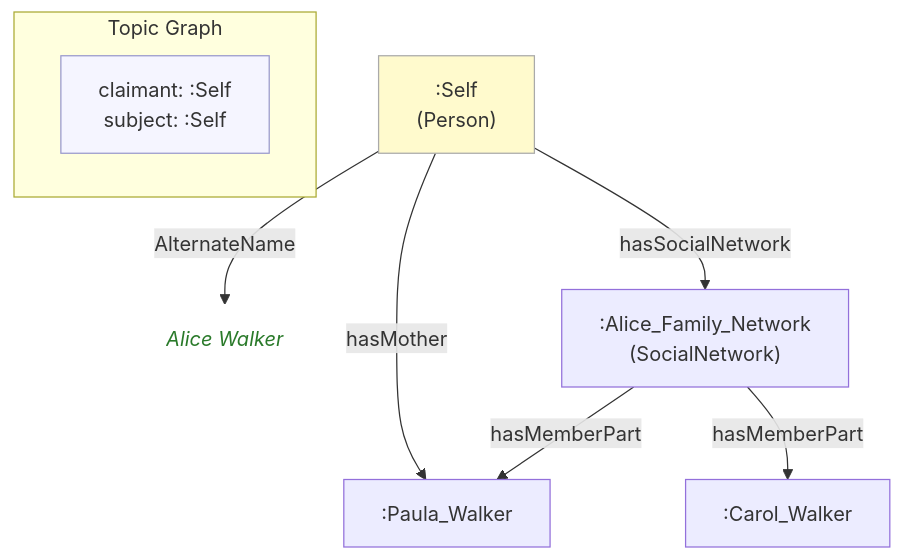
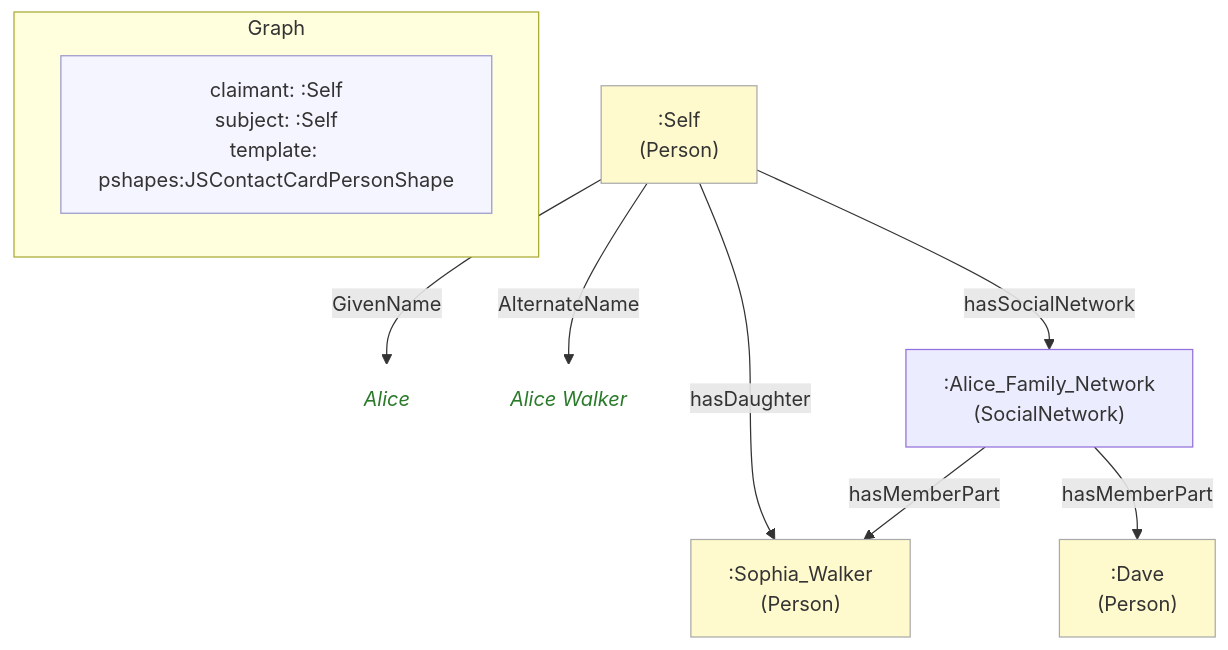
The diagram in example/graphs/images/graph-21.mmd (MeeFoundation/mia-ontologies), drawn with Mermaid before and after one commit. The commit also changed 114 other files, not shown here.

```diff
--- a/example/graphs/images/graph-21.mmd
+++ b/example/graphs/images/graph-21.mmd
@@ -1,23 +1,24 @@
 flowchart TD
     classDef person fill:#fffacd,stroke:#aaa,color:#333
-    classDef grp    fill:#d4edda,stroke:#aaa,color:#333
     classDef org    fill:#cce5ff,stroke:#aaa,color:#333
     classDef lit    fill:none,stroke:none,font-style:italic,color:#2a7a2a
     classDef meta   fill:#f5f5ff,stroke:#9999cc,color:#333
 
-    subgraph ctx["Topic Graph"]
+    subgraph ctx["Graph"]
         direction LR
-        ctx_meta["claimant: :Self\nsubject: :Self"]:::meta
+        ctx_meta["claimant: :Self\nsubject: :Self\ntemplate: pshapes:JSContactCardPersonShape"]:::meta
     end
 
     n29ddd4160a4b[":Alice_Family_Network\n(SocialNetwork)"]
-    nb654756d5ced[":Paula_Walker"]
-    ne701b3db8a90[":Carol_Walker"]
+    n2862909bb09a[":Sophia_Walker\n(Person)"]:::person
+    n1c28f5f47932[":Dave\n(Person)"]:::person
     ne0c3ba92f1db[":Self\n(Person)"]:::person
-    ne03b8050ad16("Alice Walker"):::lit
+    n8c081226ffaa("Alice"):::lit
+    n1162704a6f51("Alice Walker"):::lit
 
-    n29ddd4160a4b -->|"hasMemberPart"| nb654756d5ced
-    n29ddd4160a4b -->|"hasMemberPart"| ne701b3db8a90
-    ne0c3ba92f1db -->|"AlternateName"| ne03b8050ad16
-    ne0c3ba92f1db -->|"hasMother"| nb654756d5ced
+    n29ddd4160a4b -->|"hasMemberPart"| n2862909bb09a
+    n29ddd4160a4b -->|"hasMemberPart"| n1c28f5f47932
+    ne0c3ba92f1db -->|"GivenName"| n8c081226ffaa
+    ne0c3ba92f1db -->|"AlternateName"| n1162704a6f51
+    ne0c3ba92f1db -->|"hasDaughter"| n2862909bb09a
     ne0c3ba92f1db -->|"hasSocialNetwork"| n29ddd4160a4b
```
